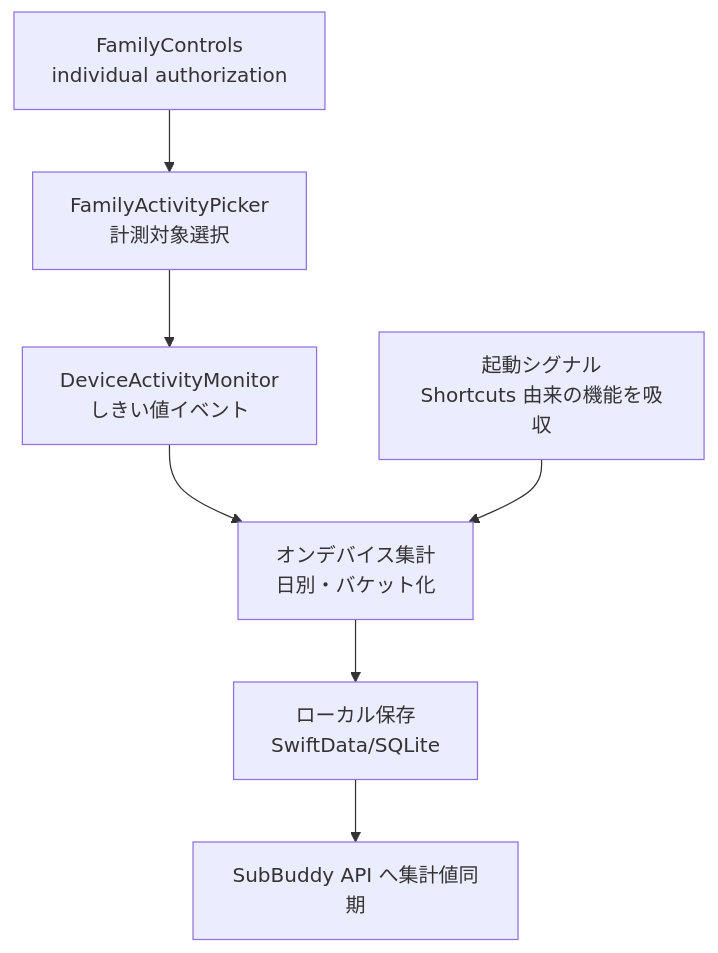
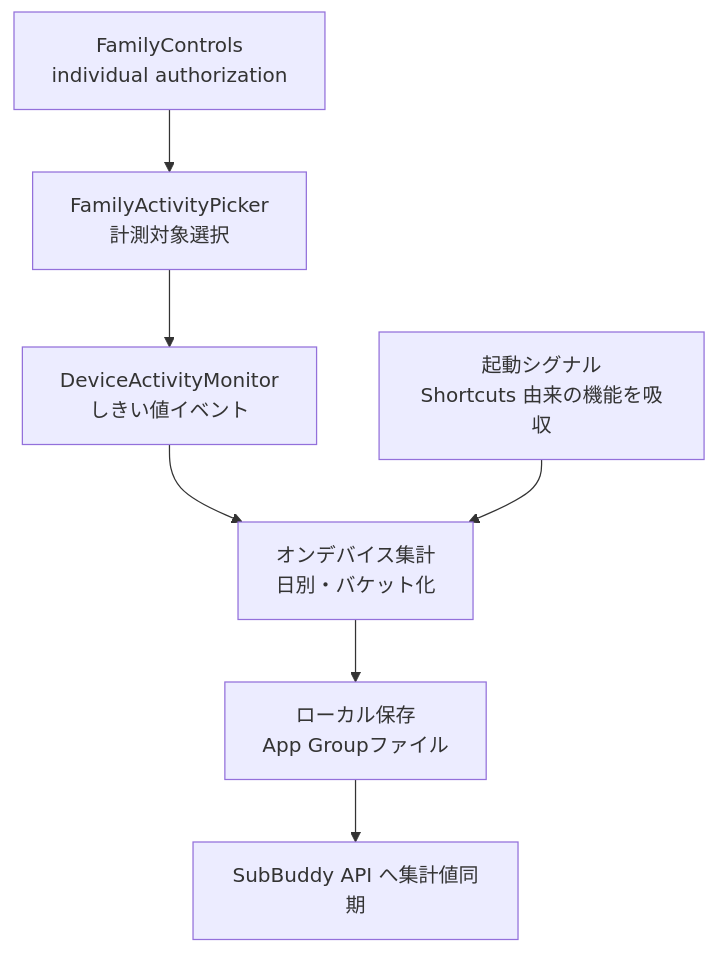
Before and after one commit to Shintaro-Abe/SubBuddy: the seventh of 7 diagrams in docs/functional-design.md, drawn with Mermaid. The commit also changed other lines of this file and 15 other files, not shown here.

````diff
--- a/docs/functional-design.md
+++ b/docs/functional-design.md
@@ -714,13 +713,13 @@
 ```mermaid
 flowchart TB
   Auth[FamilyControls<br/>individual authorization]
   Pick[FamilyActivityPicker<br/>計測対象選択]
   Mon[DeviceActivityMonitor<br/>しきい値イベント]
   Launch[起動シグナル<br/>Shortcuts 由来の機能を吸収]
   Agg[オンデバイス集計<br/>日別・バケット化]
-  Store[ローカル保存<br/>SwiftData/SQLite]
+  Store[ローカル保存<br/>App Groupファイル]
   Sync[SubBuddy API へ集計値同期]
 
   Auth --> Pick --> Mon --> Agg --> Store --> Sync
   Launch --> Agg
 ```
````
